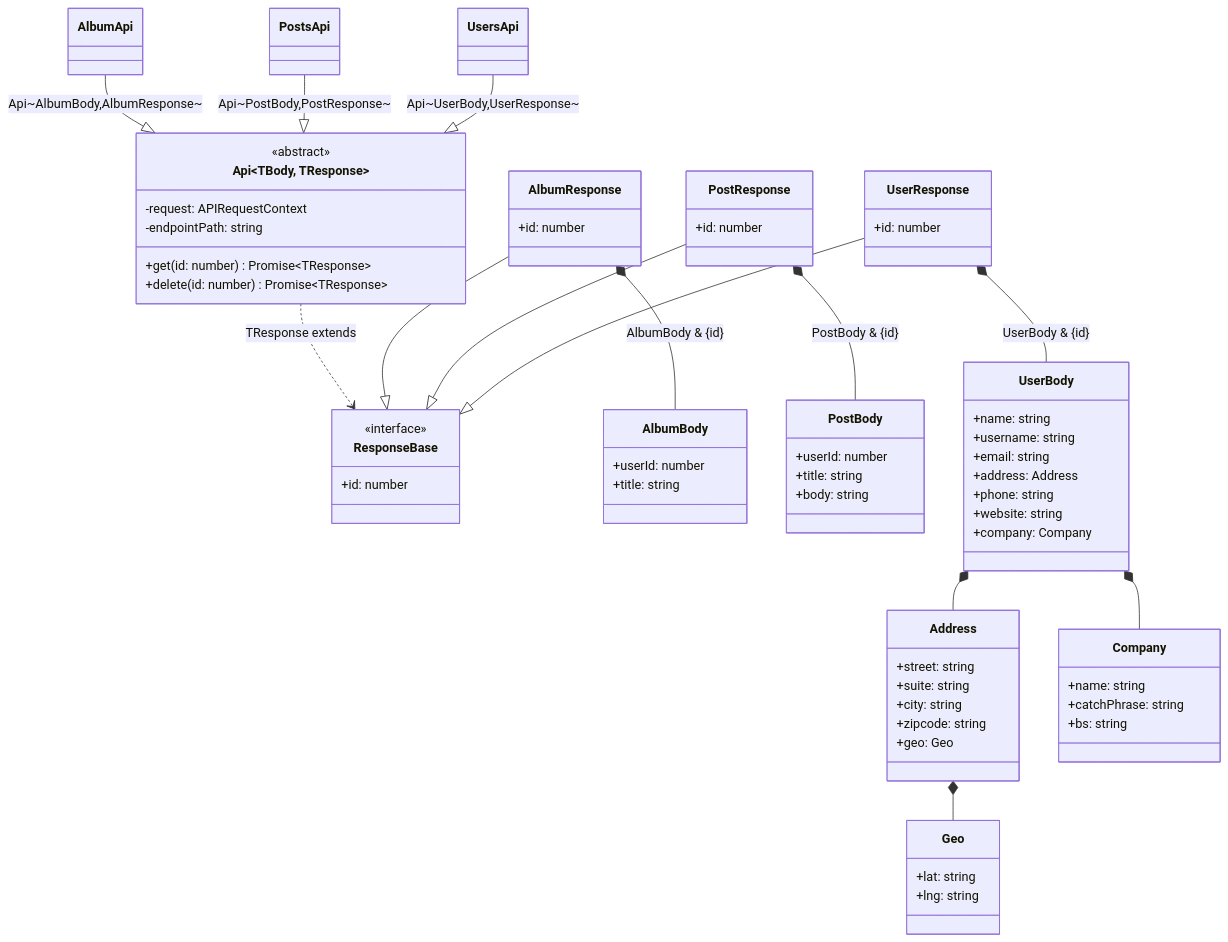
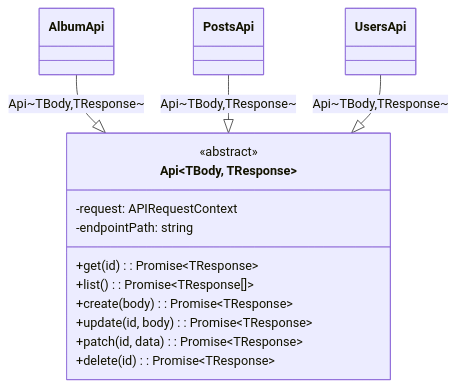
One commit to marcin-goszczynski-qa/fe-playwright-test-data-management changed the first of 2 diagrams in README.md. Above: the diagram before and after it, drawn with Mermaid. The commit also changed other lines of this file and 1 other file, not shown here.

````diff
--- a/README.md
+++ b/README.md
@@ -4,96 +53,24 @@
 ```mermaid
 classDiagram
-%% --- Core types / interfaces ---
-class ResponseBase {
-  <<interface>>
-  +id: number
-}
 
 class Api~TBody, TResponse~ {
   <<abstract>>
   -request: APIRequestContext
   -endpointPath: string
-  +get(id: number) Promise~TResponse~
-  +delete(id: number) Promise~TResponse~
-  %% inne metody pominięte w kodzie ("...")
+  +get(id): Promise~TResponse~
+  +list(): Promise~TResponse[]~
+  +create(body): Promise~TResponse~
+  +update(id, body): Promise~TResponse~
+  +patch(id, data): Promise~TResponse~
+  +delete(id): Promise~TResponse~
 }
 
-Api ..> ResponseBase : TResponse extends
-
-%% --- Album types ---
-class AlbumBody {
-  +userId: number
-  +title: string
-}
-
-class AlbumResponse {
-  +id: number
-}
-
-AlbumResponse --|> ResponseBase
-AlbumResponse *-- AlbumBody : AlbumBody & {id}
-
-%% --- Post types ---
-class PostBody {
-  +userId: number
-  +title: string
-  +body: string
-}
-
-class PostResponse {
-  +id: number
-}
-
-PostResponse --|> ResponseBase
-PostResponse *-- PostBody : PostBody & {id}
-
-%% --- User types (zagnieżdżone obiekty rozbite na klasy pomocnicze) ---
-class UserBody {
-  +name: string
-  +username: string
-  +email: string
-  +address: Address
-  +phone: string
-  +website: string
-  +company: Company
-}
-
-class Address {
-  +street: string
-  +suite: string
-  +city: string
-  +zipcode: string
-  +geo: Geo
-}
-
-class Geo {
-  +lat: string
-  +lng: string
-}
-
-class Company {
-  +name: string
-  +catchPhrase: string
-  +bs: string
-}
-
-class UserResponse {
-  +id: number
-}
-
-UserResponse --|> ResponseBase
-UserResponse *-- UserBody : UserBody & {id}
-UserBody *-- Address
-Address *-- Geo
-UserBody *-- Company
-
-%% --- API classes ---
 class AlbumApi
 class PostsApi
 class UsersApi
 
-AlbumApi --|> Api : Api~AlbumBody,AlbumResponse~
-PostsApi --|> Api : Api~PostBody,PostResponse~
-UsersApi --|> Api : Api~UserBody,UserResponse~
+AlbumApi --|> Api : Api~TBody,TResponse~
+PostsApi --|> Api : Api~TBody,TResponse~
+UsersApi --|> Api : Api~TBody,TResponse~
 
 ```
````
